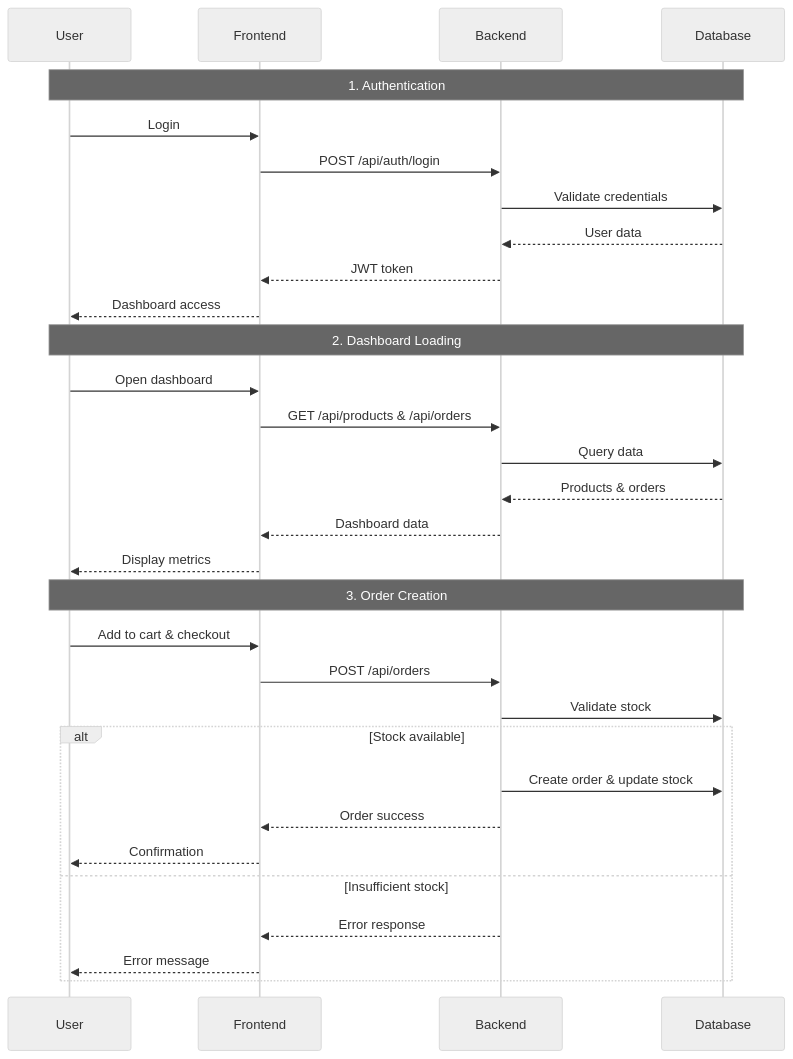
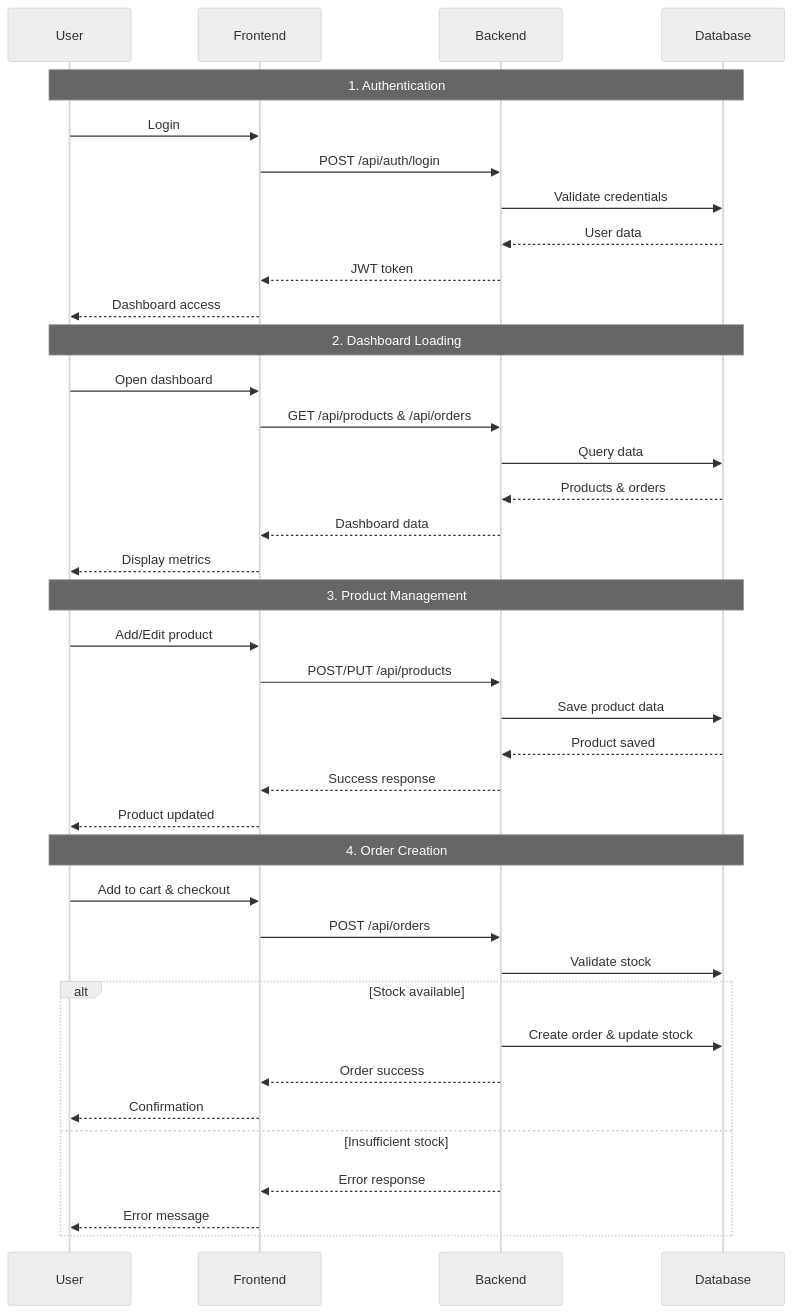
Before and after one commit to krlz-dev/order-management-system: the diagram in README.md, drawn with Mermaid (neutral theme).

Commit message:
add products sequence

````diff
--- a/README.md
+++ b/README.md
@@ -84,36 +84,44 @@
 ```mermaid
 sequenceDiagram
     participant U as User
     participant F as Frontend
     participant B as Backend
     participant DB as Database
     
     Note over U,DB: 1. Authentication
     U->>F: Login
     F->>B: POST /api/auth/login
     B->>DB: Validate credentials
     DB-->>B: User data
     B-->>F: JWT token
     F-->>U: Dashboard access
     
     Note over U,DB: 2. Dashboard Loading
     U->>F: Open dashboard
     F->>B: GET /api/products & /api/orders
     B->>DB: Query data
     DB-->>B: Products & orders
     B-->>F: Dashboard data
     F-->>U: Display metrics
     
-    Note over U,DB: 3. Order Creation
+    Note over U,DB: 3. Product Management
+    U->>F: Add/Edit product
+    F->>B: POST/PUT /api/products
+    B->>DB: Save product data
+    DB-->>B: Product saved
+    B-->>F: Success response
+    F-->>U: Product updated
+    
+    Note over U,DB: 4. Order Creation
     U->>F: Add to cart & checkout
     F->>B: POST /api/orders
     B->>DB: Validate stock
     alt Stock available
         B->>DB: Create order & update stock
         B-->>F: Order success
         F-->>U: Confirmation
     else Insufficient stock
         B-->>F: Error response
         F-->>U: Error message
     end
 ```
````
